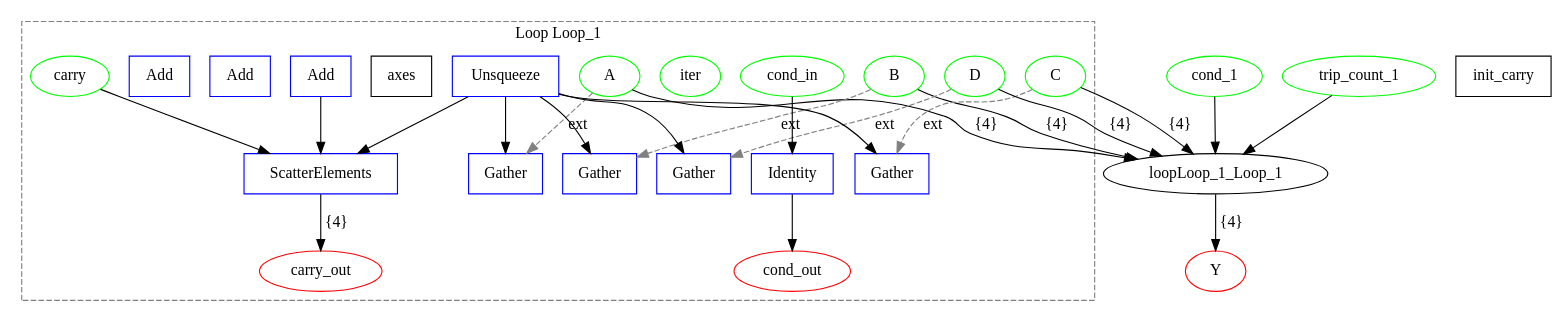
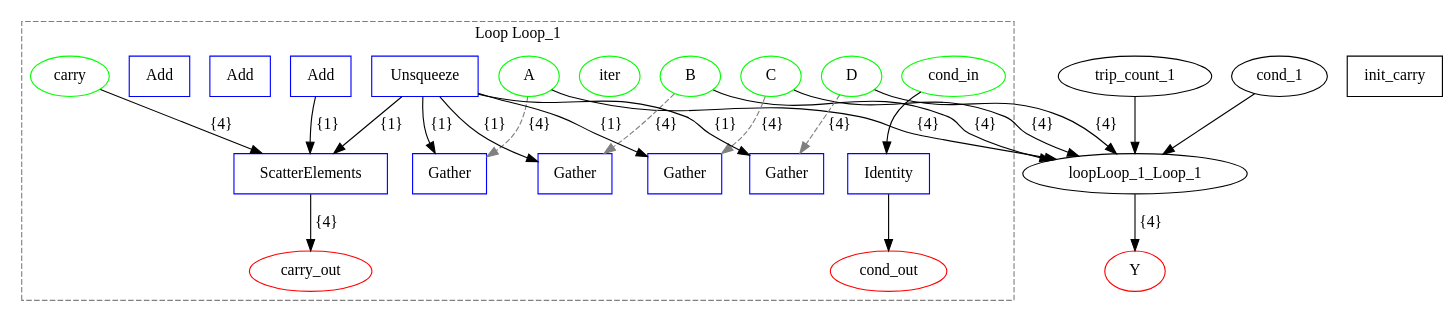
Before and after one commit to specs-feup/onnx-flow: the diagram in examples/onnx/addchain_test.dot, drawn with Graphviz. The commit also changed 27 other files, not shown here.

```diff
--- a/examples/onnx/addchain_test.dot
+++ b/examples/onnx/addchain_test.dot
@@ -1,55 +1,52 @@
 digraph {
   graph [compound=true];
   A [label=A shape=ellipse color="#00FF00"];
   B [label=B shape=ellipse color="#00FF00"];
   C [label=C shape=ellipse color="#00FF00"];
   D [label=D shape=ellipse color="#00FF00"];
-  cond_1 [label=cond_1 shape=ellipse color="#00FF00"];
   Y [label=Y shape=ellipse color="#FF0000"];
   init_carry [label=init_carry shape=box];
   subgraph cluster_loop_Loop_1 {
     graph [rankdir=LR compound=true];
     loopLoop_1_iter [label=iter shape=ellipse color="#00FF00"];
     loopLoop_1_cond_in [label=cond_in shape=ellipse color="#00FF00"];
     loopLoop_1_carry [label=carry shape=ellipse color="#00FF00"];
-    loopLoop_1_axes [label=axes shape=box];
     loopLoop_1_unsq [label=Unsqueeze shape=box color="#0000FF"];
-    loopLoop_1_unsq -> loopLoop_1_g_C_1 [label=""];
-    loopLoop_1_unsq -> loopLoop_1_g_D_1 [label=""];
-    loopLoop_1_unsq -> loopLoop_1_g_A_0 [label=""];
-    loopLoop_1_unsq -> loopLoop_1_g_B_0 [label=""];
-    loopLoop_1_unsq -> loopLoop_1_scatter [label=""];
-    loopLoop_1_g_C_1 [label=Gather shape=box color="#0000FF"];
-    loopLoop_1_g_D_1 [label=Gather shape=box color="#0000FF"];
+    loopLoop_1_unsq -> loopLoop_1_gather_C_1 [label="{1}"];
+    loopLoop_1_unsq -> loopLoop_1_gather_D_1 [label="{1}"];
+    loopLoop_1_unsq -> loopLoop_1_gather_A_0 [label="{1}"];
+    loopLoop_1_unsq -> loopLoop_1_gather_B_0 [label="{1}"];
+    loopLoop_1_unsq -> loopLoop_1_scatter [label="{1}"];
+    loopLoop_1_gather_C_1 [label=Gather shape=box color="#0000FF"];
+    loopLoop_1_gather_D_1 [label=Gather shape=box color="#0000FF"];
     loopLoop_1_Add_1 [label=Add shape=box color="#0000FF"];
-    loopLoop_1_g_A_0 [label=Gather shape=box color="#0000FF"];
-    loopLoop_1_g_B_0 [label=Gather shape=box color="#0000FF"];
+    loopLoop_1_gather_A_0 [label=Gather shape=box color="#0000FF"];
+    loopLoop_1_gather_B_0 [label=Gather shape=box color="#0000FF"];
     loopLoop_1_Add_0 [label=Add shape=box color="#0000FF"];
     loopLoop_1_Add_2 [label=Add shape=box color="#0000FF"];
-    loopLoop_1_Add_2 -> loopLoop_1_scatter [label=""];
+    loopLoop_1_Add_2 -> loopLoop_1_scatter [label="{1}"];
     loopLoop_1_scatter [label=ScatterElements shape=box color="#0000FF"];
     loopLoop_1_id_cond [label=Identity shape=box color="#0000FF"];
     loopLoop_1_cond_out [label=cond_out shape=ellipse color="#FF0000"];
     loopLoop_1_carry_out [label=carry_out shape=ellipse color="#FF0000"];
-    loopLoop_1_carry -> loopLoop_1_scatter [label=""];
+    loopLoop_1_carry -> loopLoop_1_scatter [label="{4}"];
     loopLoop_1_cond_in -> loopLoop_1_id_cond [label=""];
+    loopLoop_1_scatter -> loopLoop_1_carry_out [label="{4}"];
     loopLoop_1_id_cond -> loopLoop_1_cond_out [label=""];
-    loopLoop_1_scatter -> loopLoop_1_carry_out [label="{4}"];
-    C -> loopLoop_1_g_C_1 [style=dashed color=gray label=ext];
-    D -> loopLoop_1_g_D_1 [style=dashed color=gray label=ext];
-    A -> loopLoop_1_g_A_0 [style=dashed color=gray label=ext];
-    B -> loopLoop_1_g_B_0 [style=dashed color=gray label=ext];
+    C -> loopLoop_1_gather_C_1 [style=dashed color=gray label="{4}"];
+    D -> loopLoop_1_gather_D_1 [style=dashed color=gray label="{4}"];
+    A -> loopLoop_1_gather_A_0 [style=dashed color=gray label="{4}"];
+    B -> loopLoop_1_gather_B_0 [style=dashed color=gray label="{4}"];
     graph [label="Loop Loop_1"];
     graph [style=dashed];
     graph [color=gray];
   }
 
-  trip_count_1 [label=trip_count_1 shape=ellipse color="#00FF00"];
   trip_count_1 -> loopLoop_1_Loop_1 [label="" lhead=cluster_loop_Loop_1];
   A -> loopLoop_1_Loop_1 [label="{4}" lhead=cluster_loop_Loop_1];
   cond_1 -> loopLoop_1_Loop_1 [label="" lhead=cluster_loop_Loop_1];
   C -> loopLoop_1_Loop_1 [label="{4}" lhead=cluster_loop_Loop_1];
   D -> loopLoop_1_Loop_1 [label="{4}" lhead=cluster_loop_Loop_1];
   B -> loopLoop_1_Loop_1 [label="{4}" lhead=cluster_loop_Loop_1];
   loopLoop_1_Loop_1 -> Y [label="{4}" ltail=cluster_loop_Loop_1];
 }
```
